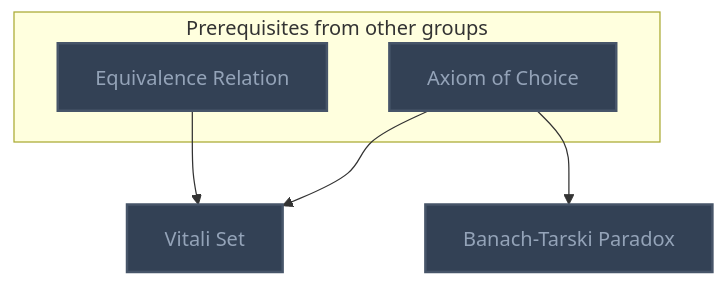
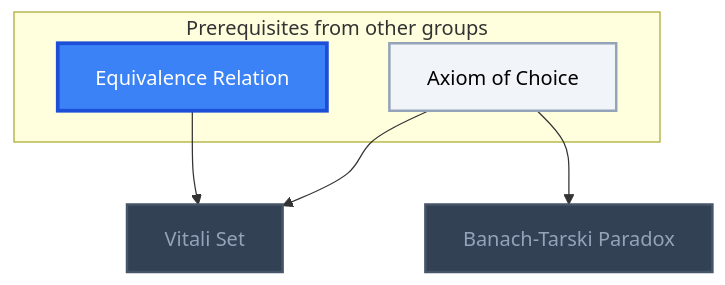
One commit to MRauf1/My-Notes changed the seventh of 13 diagrams in Gamification/Skill Trees/Measure Theory.md. Above: the diagram before and after it, drawn with Mermaid. The commit also changed other lines of this file and 62 other files, not shown here.

````diff
--- a/Gamification/Skill Trees/Measure Theory.md
+++ b/Gamification/Skill Trees/Measure Theory.md
@@ -205,23 +210,25 @@
 ```mermaid
 flowchart TD
     classDef planned fill:#1E293B,stroke:#64748B,stroke-width:2px,stroke-dasharray:5 5,color:#94A3B8;
     classDef locked fill:#334155,stroke:#475569,stroke-width:2px,color:#94A3B8;
     classDef L0 fill:#F1F5F9,stroke:#94A3B8,stroke-width:2px,color:#000000;
     classDef L1 fill:#22C55E,stroke:#15803D,stroke-width:2px,color:#000000;
     classDef L2 fill:#3B82F6,stroke:#1D4ED8,stroke-width:3px,color:#FFFFFF;
     classDef L3 fill:#A855F7,stroke:#6B21A8,stroke-width:3px,color:#FFFFFF,font-weight:bold;
     classDef L4 fill:#F97316,stroke:#C2410C,stroke-width:4px,color:#000000,font-weight:bold;
     classDef L5 fill:#FFD700,stroke:#FF8C00,stroke-width:5px,color:#000000,font-weight:bold;
     classDef rusty stroke:#8B4513,stroke-width:4px,stroke-dasharray:3 3;
     subgraph sg_prereqs["Prerequisites from other groups"]
         n_axiom_of_choice["Axiom of Choice"]
         n_equivalence_relation["Equivalence Relation"]
     end
     n_vitali_set["Vitali Set"]
     n_banach_tarski_paradox["Banach-Tarski Paradox"]
     n_axiom_of_choice --> n_vitali_set
     n_equivalence_relation --> n_vitali_set
     n_axiom_of_choice --> n_banach_tarski_paradox
-    class n_axiom_of_choice,n_equivalence_relation,n_vitali_set,n_banach_tarski_paradox locked;
+    class n_vitali_set,n_banach_tarski_paradox locked;
+    class n_axiom_of_choice L0;
+    class n_equivalence_relation L2;
     class n_axiom_of_choice,n_equivalence_relation,n_vitali_set,n_banach_tarski_paradox internal-link;
 ```
````
